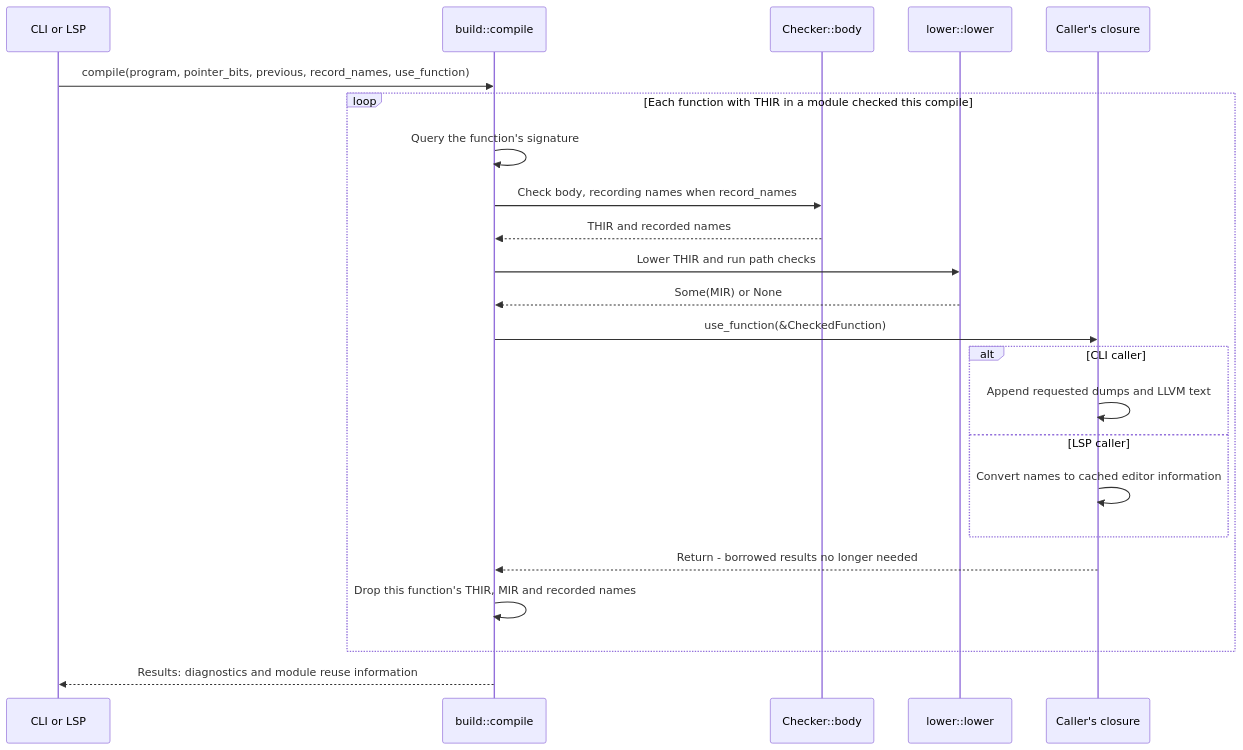
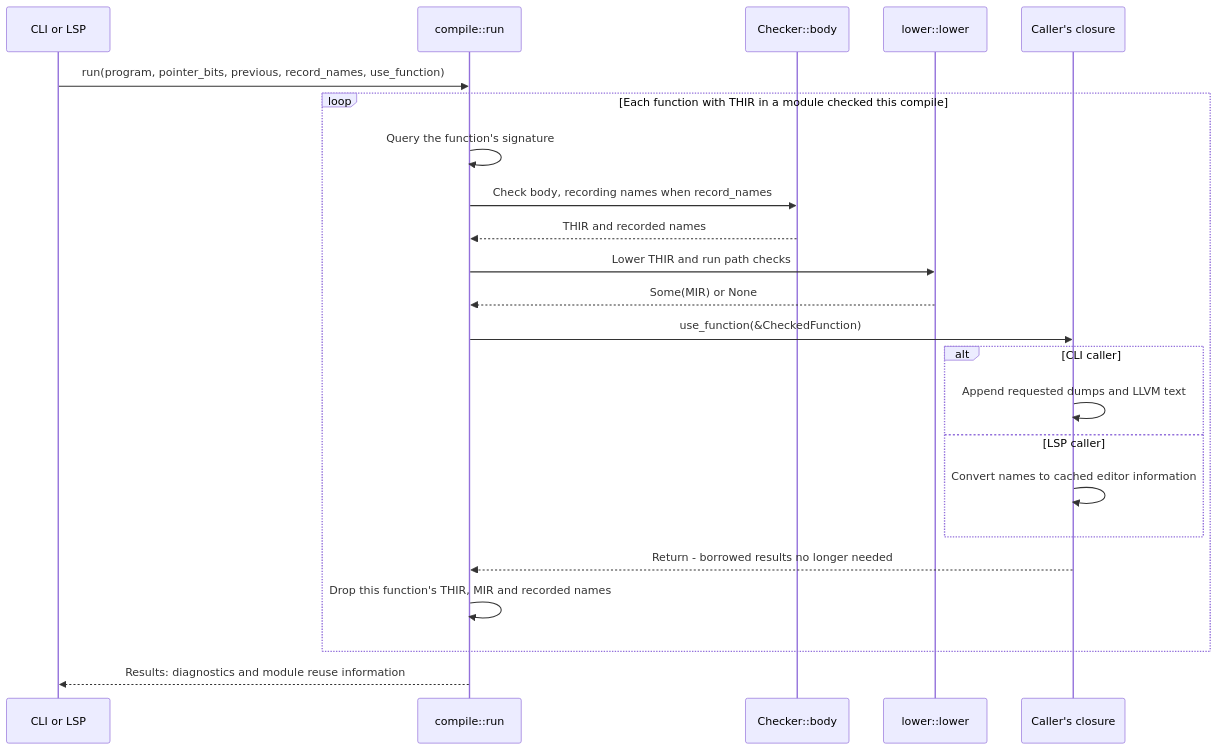
Before and after one commit to PeeperLanguage/compiler: the diagram in README.md, drawn with Mermaid. The commit also changed other lines of this file and 26 other files, not shown here.

First line of the commit message:
Rename build to compile and fold colors into diagnostics

````diff
--- a/README.md
+++ b/README.md
@@ -46,26 +46,26 @@
 ```mermaid
 sequenceDiagram
     participant Caller as CLI or LSP
-    participant Build as build::compile
+    participant Compile as compile::run
     participant Check as Checker::body
     participant Lower as lower::lower
     participant Callback as Caller's closure
 
-    Caller->>Build: compile(program, pointer_bits, previous, record_names, use_function)
+    Caller->>Compile: run(program, pointer_bits, previous, record_names, use_function)
     loop Each function with THIR in a module checked this compile
-        Build->>Build: Query the function's signature
-        Build->>Check: Check body, recording names when record_names
-        Check-->>Build: THIR and recorded names
-        Build->>Lower: Lower THIR and run path checks
-        Lower-->>Build: Some(MIR) or None
-        Build->>Callback: use_function(&CheckedFunction)
+        Compile->>Compile: Query the function's signature
+        Compile->>Check: Check body, recording names when record_names
+        Check-->>Compile: THIR and recorded names
+        Compile->>Lower: Lower THIR and run path checks
+        Lower-->>Compile: Some(MIR) or None
+        Compile->>Callback: use_function(&CheckedFunction)
         alt CLI caller
             Callback->>Callback: Append requested dumps and LLVM text
         else LSP caller
             Callback->>Callback: Convert names to cached editor information
         end
-        Callback-->>Build: Return - borrowed results no longer needed
-        Build->>Build: Drop this function's THIR, MIR and recorded names
+        Callback-->>Compile: Return - borrowed results no longer needed
+        Compile->>Compile: Drop this function's THIR, MIR and recorded names
     end
-    Build-->>Caller: Results: diagnostics and module reuse information
+    Compile-->>Caller: Results: diagnostics and module reuse information
 ```
````
